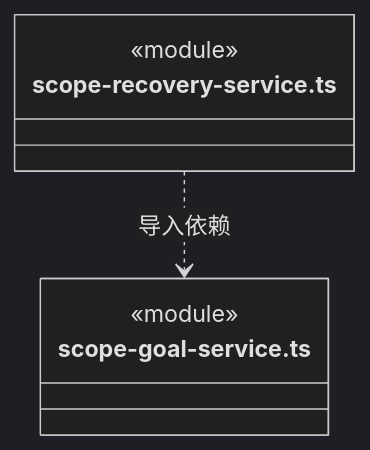
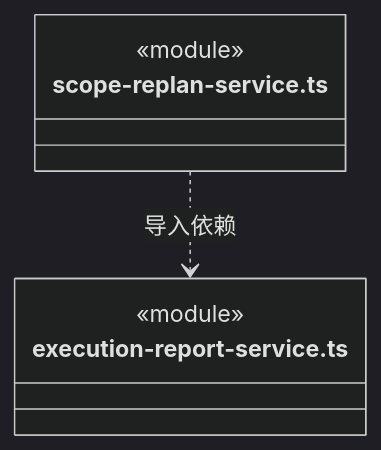
One commit to nan023062/cbim changed diagram 35 of 38 in src/backend/scheduler-engine/execution/ARCHITECTURE.md. Above: the diagram before and after it, drawn with Mermaid (dark theme). The commit also changed other lines of this file and 53 other files, not shown here.

````diff
--- a/src/backend/scheduler-engine/execution/ARCHITECTURE.md
+++ b/src/backend/scheduler-engine/execution/ARCHITECTURE.md
@@ -888,10 +968,10 @@
 ```mermaid
 classDiagram
-class N_src_backend_scheduler_engine_execution_scope_recovery_service_ts["scope-recovery-service.ts"] {
+class N_src_backend_scheduler_engine_execution_scope_replan_service_ts["scope-replan-service.ts"] {
   <<module>>
 }
-class N_src_backend_scheduler_engine_execution_scope_goal_service_ts["scope-goal-service.ts"] {
+class N_src_backend_scheduler_engine_execution_execution_report_service_ts["execution-report-service.ts"] {
   <<module>>
 }
-N_src_backend_scheduler_engine_execution_scope_recovery_service_ts ..> N_src_backend_scheduler_engine_execution_scope_goal_service_ts : 导入依赖
+N_src_backend_scheduler_engine_execution_scope_replan_service_ts ..> N_src_backend_scheduler_engine_execution_execution_report_service_ts : 导入依赖
 ```
````
